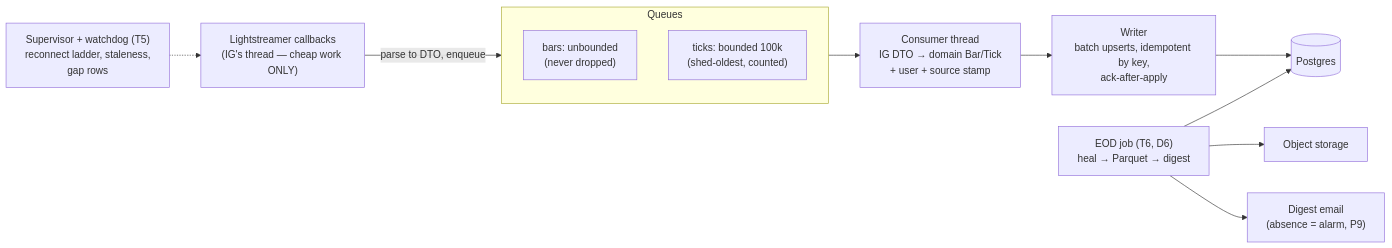
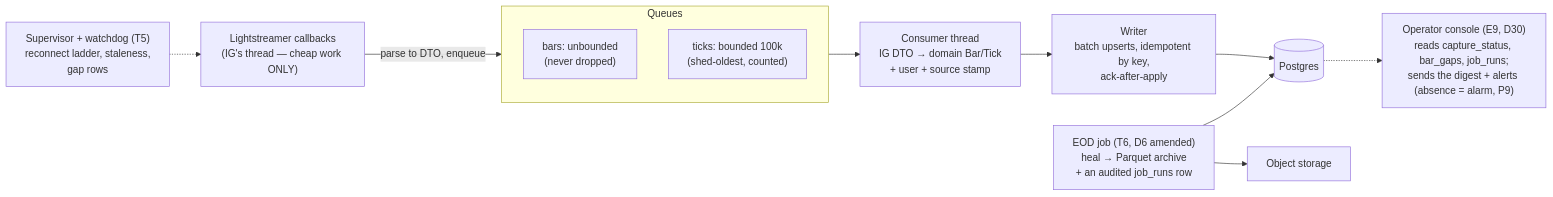
The third of 4 diagrams in docs/design/architecture/README.md (amfshr/tradebench), drawn with Mermaid before and after one commit. The commit also changed other lines of this file and 3 other files, not shown here.

First line of the commit message:
docs: 📚 D30 — the collection service streams and stores; the digest and alerts are the operator console's — and chapter 11, the belt end to end

````diff
--- a/docs/design/architecture/README.md
+++ b/docs/design/architecture/README.md
@@ -125,15 +125,15 @@
 ```mermaid
 flowchart LR
     LS["Lightstreamer callbacks\n(IG's thread — cheap work ONLY)"] -->|parse to DTO, enqueue| Q
     subgraph Q [Queues]
         QB["bars: unbounded\n(never dropped)"]
         QT["ticks: bounded 100k\n(shed-oldest, counted)"]
     end
     Q --> CONS["Consumer thread\nIG DTO → domain Bar/Tick\n+ user + source stamp"]
     CONS --> W["Writer\nbatch upserts, idempotent by key,\nack-after-apply"]
     W --> PG[(Postgres)]
     SUP["Supervisor + watchdog (T5)\nreconnect ladder, staleness,\ngap rows"] -.-> LS
-    HEAL["EOD job (T6, D6)\nheal → Parquet → digest"] --> PG
+    HEAL["EOD job (T6, D6 amended)\nheal → Parquet archive\n+ an audited job_runs row"] --> PG
     HEAL --> OS["Object storage"]
-    HEAL --> MAILX["Digest email\n(absence = alarm, P9)"]
+    PG -.-> CONSOLE["Operator console (E9, D30)\nreads capture_status, bar_gaps, job_runs;\nsends the digest + alerts (absence = alarm, P9)"]
 ```
````
